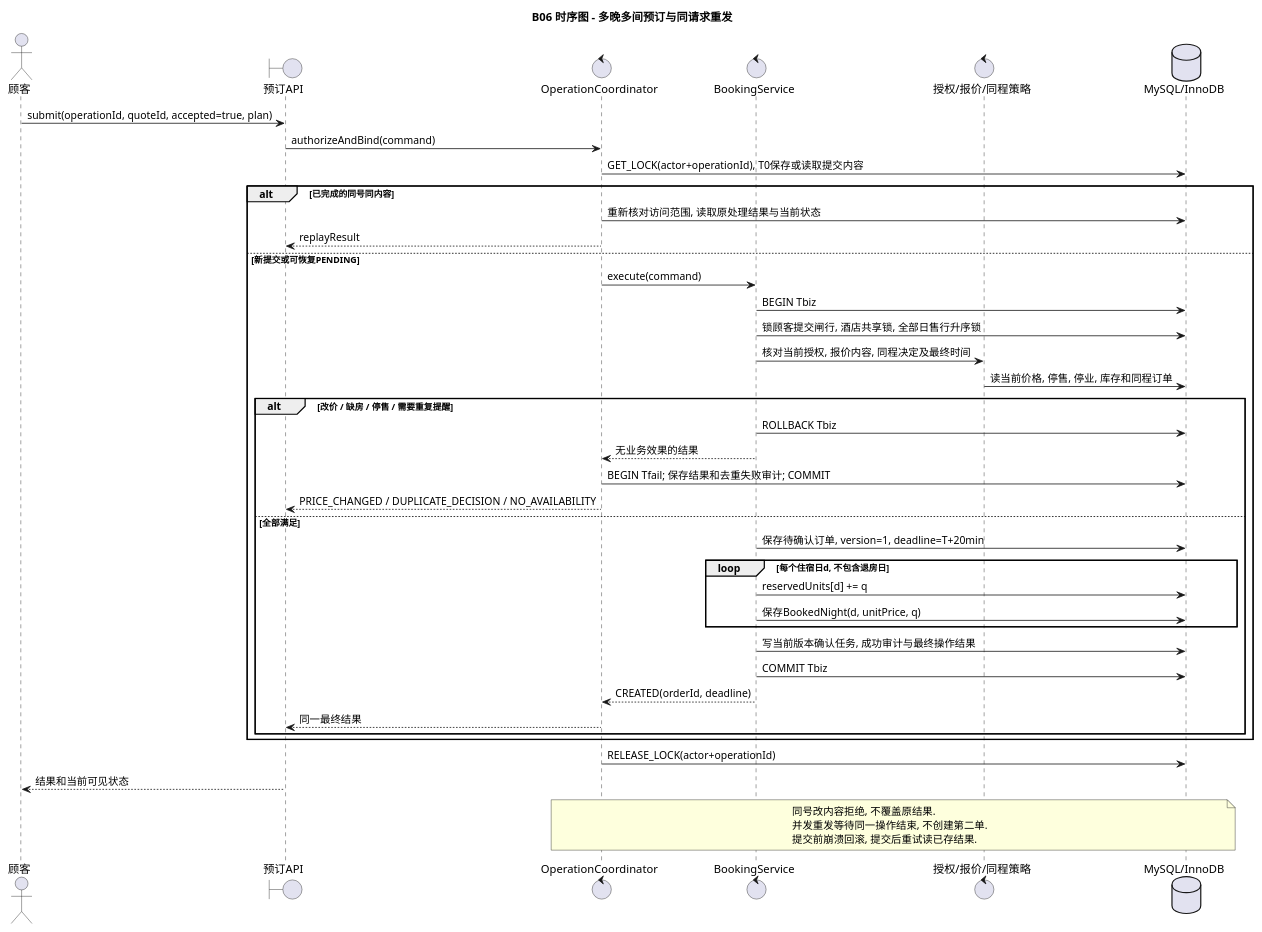
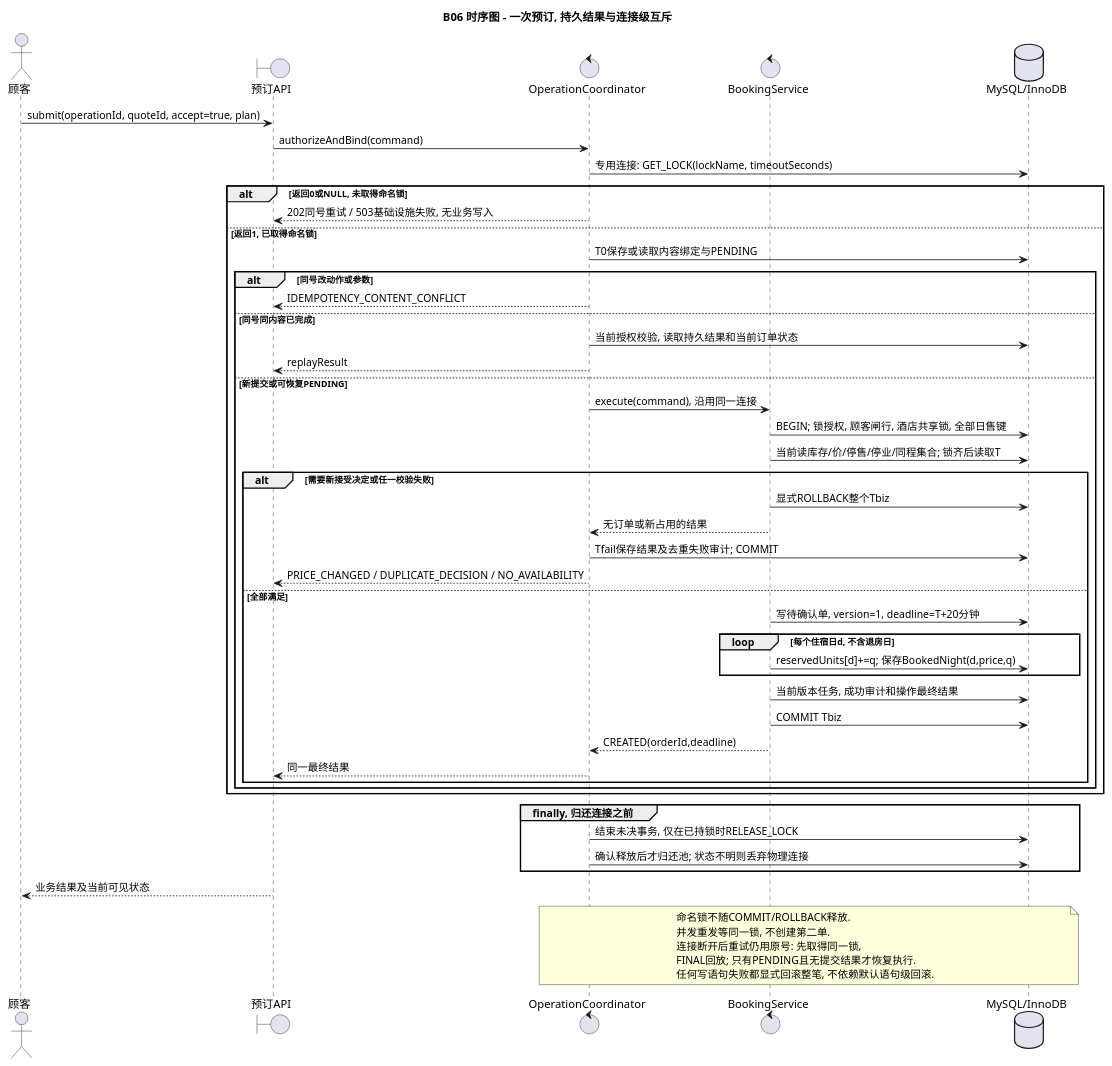
One commit to Blue-Night-gy/se-lab3 changed the diagram in lab2/UML/B06-booking-sequence.puml. Above: the diagram before and after it, drawn with PlantUML. The commit also changed 59 other files, not shown here.

```diff
--- a/lab2/UML/B06-booking-sequence.puml
+++ b/lab2/UML/B06-booking-sequence.puml
@@ -1,46 +1,55 @@
 @startuml
 skinparam defaultFontName Noto Sans SC
-title B06 时序图 - 多晚多间预订与同请求重发
+skinparam shadowing false
+title B06 时序图 - 一次预订, 持久结果与连接级互斥
 actor "顾客" as C
 boundary "预订API" as API
 control "OperationCoordinator" as OP
 control "BookingService" as BS
-control "授权/报价/同程策略" as Rules
 database "MySQL/InnoDB" as DB
-C -> API : submit(operationId, quoteId, accepted=true, plan)
+C -> API : submit(operationId, quoteId, accept=true, plan)
 API -> OP : authorizeAndBind(command)
-OP -> DB : GET_LOCK(actor+operationId), T0保存或读取提交内容
-alt 已完成的同号同内容
-  OP -> DB : 重新核对访问范围, 读取原处理结果与当前状态
-  OP --> API : replayResult
-else 新提交或可恢复PENDING
-  OP -> BS : execute(command)
-  BS -> DB : BEGIN Tbiz
-  BS -> DB : 锁顾客提交闸行, 酒店共享锁, 全部日售行升序锁
-  BS -> Rules : 核对当前授权, 报价内容, 同程决定及最终时间
-  Rules -> DB : 读当前价格, 停售, 停业, 库存和同程订单
-  alt 改价 / 缺房 / 停售 / 需要重复提醒
-    BS -> DB : ROLLBACK Tbiz
-    BS --> OP : 无业务效果的结果
-    OP -> DB : BEGIN Tfail; 保存结果和去重失败审计; COMMIT
-    OP --> API : PRICE_CHANGED / DUPLICATE_DECISION / NO_AVAILABILITY
-  else 全部满足
-    BS -> DB : 保存待确认订单, version=1, deadline=T+20min
-    loop 每个住宿日d, 不包含退房日
-      BS -> DB : reservedUnits[d] += q
-      BS -> DB : 保存BookedNight(d, unitPrice, q)
+OP -> DB : 专用连接: GET_LOCK(lockName, timeoutSeconds)
+alt 返回0或NULL, 未取得命名锁
+  OP --> API : 202同号重试 / 503基础设施失败, 无业务写入
+else 返回1, 已取得命名锁
+  OP -> DB : T0保存或读取内容绑定与PENDING
+  alt 同号改动作或参数
+    OP --> API : IDEMPOTENCY_CONTENT_CONFLICT
+  else 同号同内容已完成
+    OP -> DB : 当前授权校验, 读取持久结果和当前订单状态
+    OP --> API : replayResult
+  else 新提交或可恢复PENDING
+    OP -> BS : execute(command), 沿用同一连接
+    BS -> DB : BEGIN; 锁授权, 顾客闸行, 酒店共享锁, 全部日售键
+    BS -> DB : 当前读库存/价/停售/停业/同程集合; 锁齐后读取T
+    alt 需要新接受决定或任一校验失败
+      BS -> DB : 显式ROLLBACK整个Tbiz
+      BS --> OP : 无订单或新占用的结果
+      OP -> DB : Tfail保存结果及去重失败审计; COMMIT
+      OP --> API : PRICE_CHANGED / DUPLICATE_DECISION / NO_AVAILABILITY
+    else 全部满足
+      BS -> DB : 写待确认单, version=1, deadline=T+20分钟
+      loop 每个住宿日d, 不含退房日
+        BS -> DB : reservedUnits[d]+=q; 保存BookedNight(d,price,q)
+      end
+      BS -> DB : 当前版本任务, 成功审计和操作最终结果
+      BS -> DB : COMMIT Tbiz
+      BS --> OP : CREATED(orderId,deadline)
+      OP --> API : 同一最终结果
     end
-    BS -> DB : 写当前版本确认任务, 成功审计与最终操作结果
-    BS -> DB : COMMIT Tbiz
-    BS --> OP : CREATED(orderId, deadline)
-    OP --> API : 同一最终结果
   end
 end
-OP -> DB : RELEASE_LOCK(actor+operationId)
-API --> C : 结果和当前可见状态
+group finally, 归还连接之前
+  OP -> DB : 结束未决事务, 仅在已持锁时RELEASE_LOCK
+  OP -> DB : 确认释放后才归还池; 状态不明则丢弃物理连接
+end
+API --> C : 业务结果及当前可见状态
 note over OP,DB
-同号改内容拒绝, 不覆盖原结果.
-并发重发等待同一操作结束, 不创建第二单.
-提交前崩溃回滚, 提交后重试读已存结果.
+命名锁不随COMMIT/ROLLBACK释放.
+并发重发等同一锁, 不创建第二单.
+连接断开后重试仍用原号: 先取得同一锁,
+FINAL回放; 只有PENDING且无提交结果才恢复执行.
+任何写语句失败都显式回滚整笔, 不依赖默认语句级回滚.
 end note
 @enduml
```
